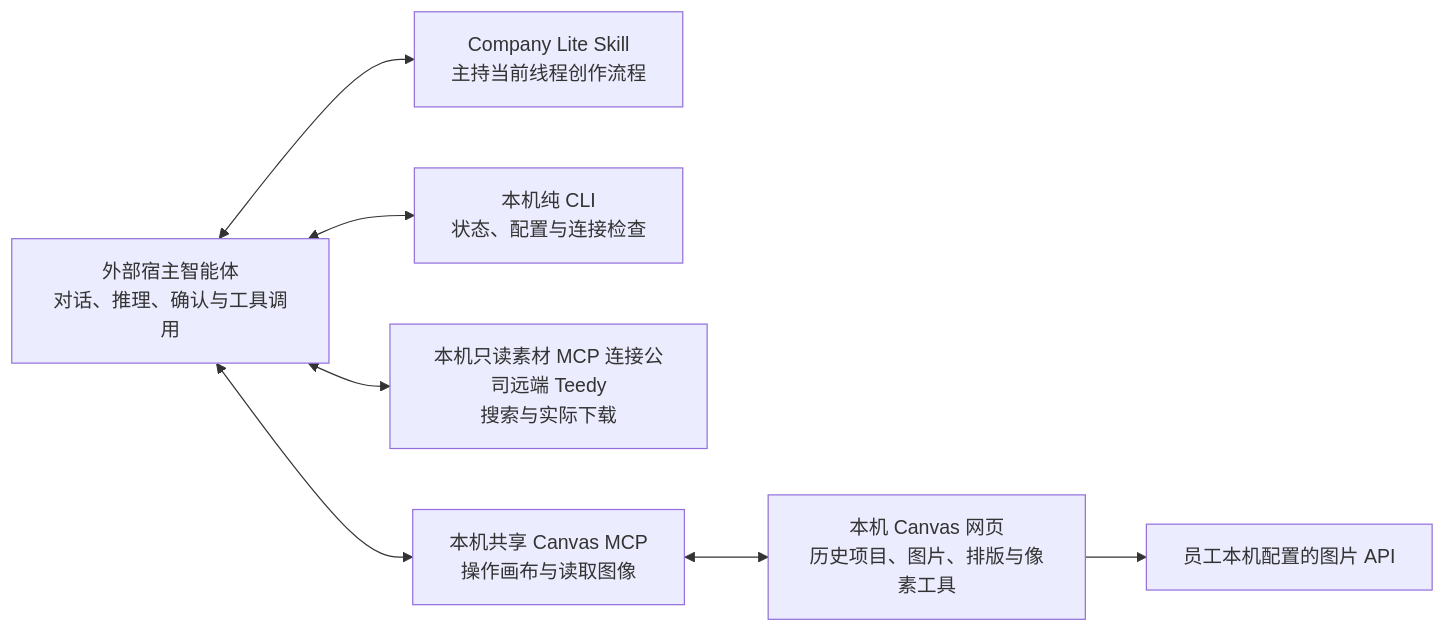
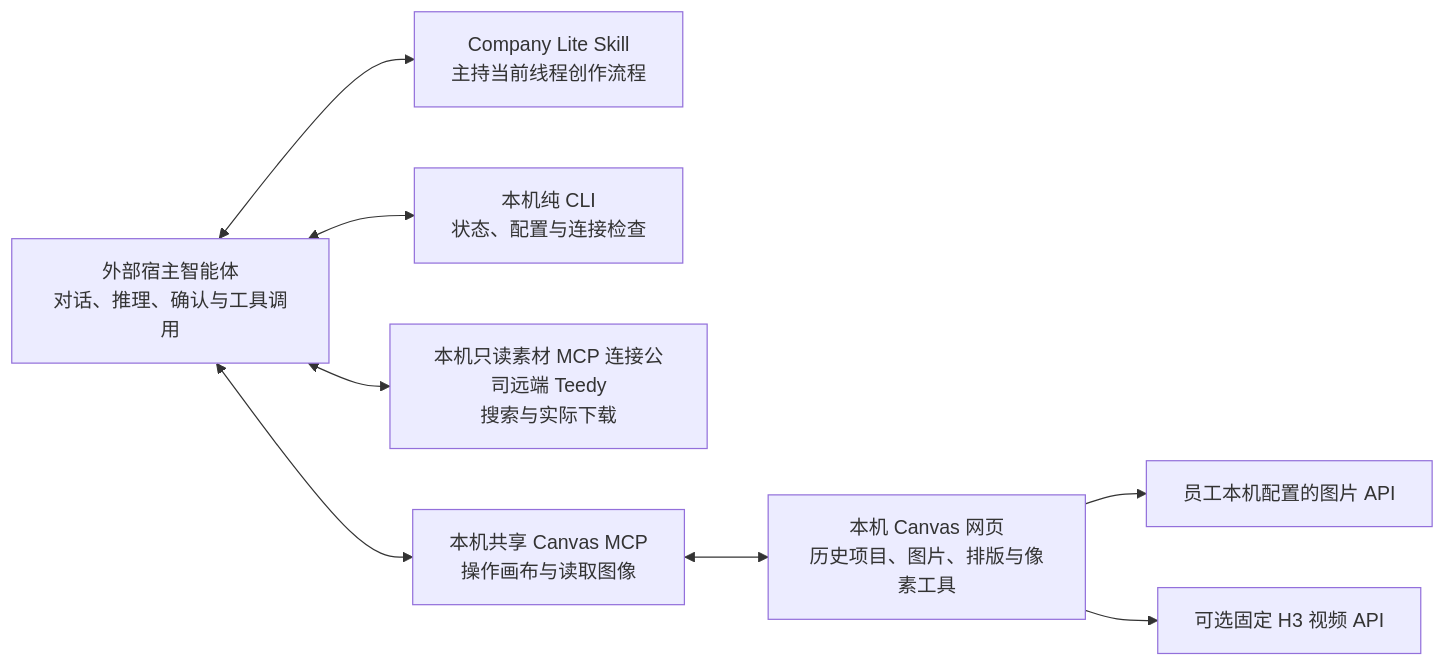
The diagram in Creative_Agent_Studio_PRD.md (akechi0819-lgtm/creative-Agent-studio), drawn with Mermaid before and after one commit. The commit also changed other lines of this file and 24 other files, not shown here.

````diff
--- a/Creative_Agent_Studio_PRD.md
+++ b/Creative_Agent_Studio_PRD.md
@@ -13,9 +13,10 @@
 ```mermaid
 flowchart LR
   HOST["外部宿主智能体<br/>对话、推理、确认与工具调用"] <--> SKILL["Company Lite Skill<br/>主持当前线程创作流程"]
   HOST <--> SETUP["本机纯 CLI<br/>状态、配置与连接检查"]
   HOST <--> TEEDY["本机只读素材 MCP 连接公司远端 Teedy<br/>搜索与实际下载"]
   HOST <--> CMCP["本机共享 Canvas MCP<br/>操作画布与读取图像"]
   CMCP <--> WEB["本机 Canvas 网页<br/>历史项目、图片、排版与像素工具"]
   WEB --> IMG["员工本机配置的图片 API"]
+  WEB --> VID["可选固定 H3 视频 API"]
 ```
````
